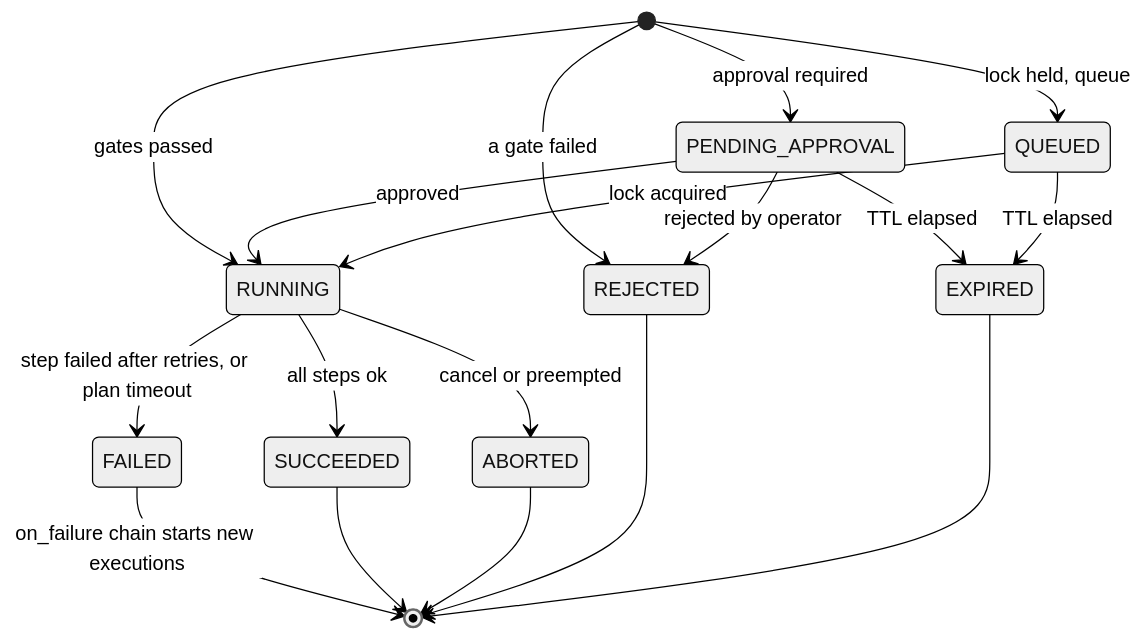
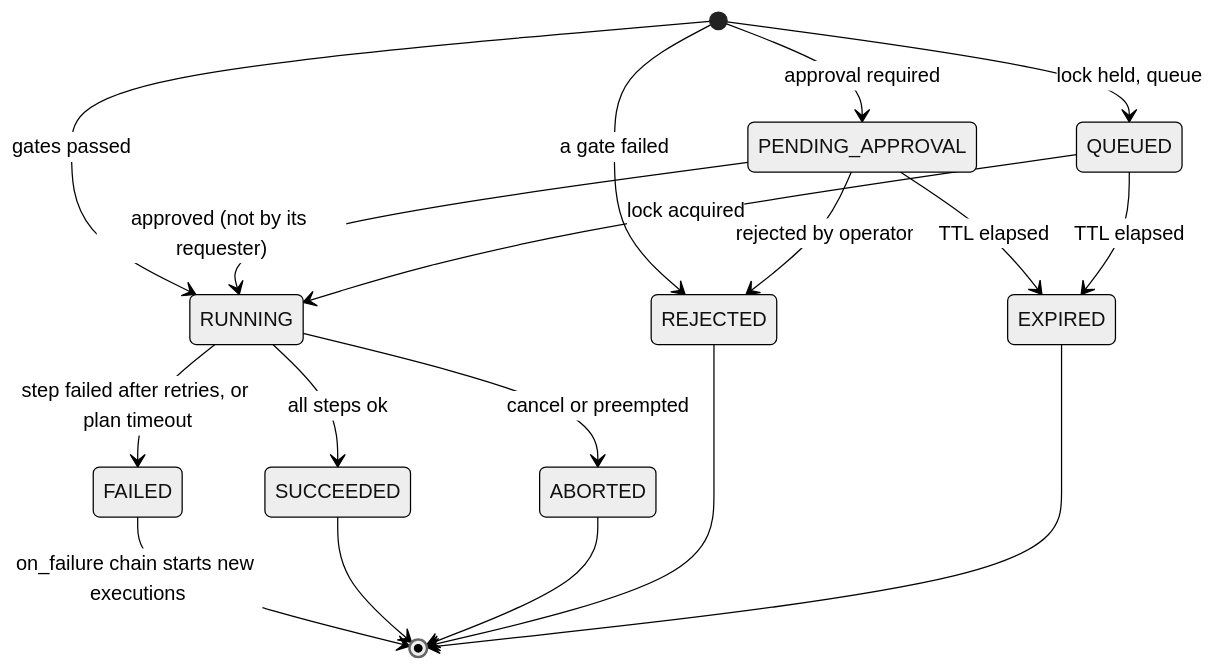
One commit to guilyx/jarvis_ros2 changed the second of 2 diagrams in docs/design/05-rules-and-recovery.md. Above: the diagram before and after it, drawn with Mermaid (neutral theme). The commit also changed other lines of this file and 18 other files, not shown here.

````diff
--- a/docs/design/05-rules-and-recovery.md
+++ b/docs/design/05-rules-and-recovery.md
@@ -346,20 +346,20 @@
 ```mermaid
 stateDiagram-v2
   [*] --> PENDING_APPROVAL : approval required
   [*] --> QUEUED : lock held, queue
   [*] --> RUNNING : gates passed
   [*] --> REJECTED : a gate failed
-  PENDING_APPROVAL --> RUNNING : approved
+  PENDING_APPROVAL --> RUNNING : approved (not by its requester)
   PENDING_APPROVAL --> REJECTED : rejected by operator
   PENDING_APPROVAL --> EXPIRED : TTL elapsed
   QUEUED --> RUNNING : lock acquired
   QUEUED --> EXPIRED : TTL elapsed
   RUNNING --> SUCCEEDED : all steps ok
   RUNNING --> FAILED : step failed after retries, or plan timeout
   RUNNING --> ABORTED : cancel or preempted
   FAILED --> [*] : on_failure chain starts new executions
   SUCCEEDED --> [*]
   ABORTED --> [*]
   REJECTED --> [*]
   EXPIRED --> [*]
 ```
````
